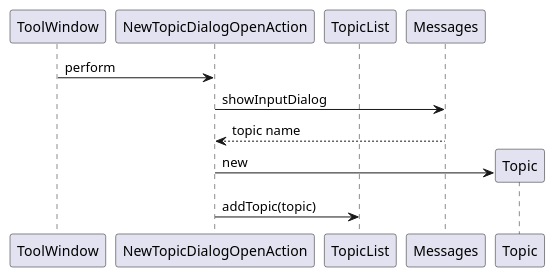
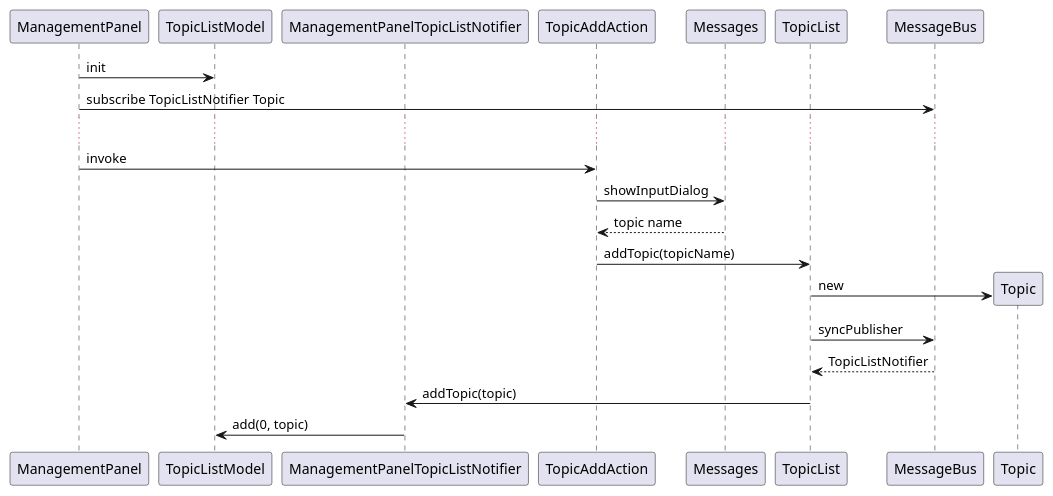
Before and after one commit to kitabatake/CodeReadingNote: the diagram in documents/sequence/create_topic.puml, drawn with PlantUML.

Commit message:
udpate sequence diagram

```diff
--- a/documents/sequence/create_topic.puml
+++ b/documents/sequence/create_topic.puml
@@ -1,18 +1,31 @@
 @startuml
 /' definition '/
-participant ToolWindow
-participant NewTopicDialogOpenAction
+participant ManagementPanel
+participant TopicListModel
+participant ManagementPanelTopicListNotifier
+participant TopicAddAction
+participant Messages
 participant TopicList
-participant Messages
 
+participant MessageBus
 
 /' flow '/
-ToolWindow -> NewTopicDialogOpenAction : perform
+ManagementPanel -> TopicListModel : init
+ManagementPanel -> MessageBus : subscribe TopicListNotifier Topic
 
-NewTopicDialogOpenAction -> Messages : showInputDialog
+...
+
+ManagementPanel -> TopicAddAction : invoke
+
+TopicAddAction -> Messages : showInputDialog
 return topic name
 
+TopicAddAction -> TopicList : addTopic(topicName)
 create Topic
-NewTopicDialogOpenAction -> Topic : new
-NewTopicDialogOpenAction -> TopicList : addTopic(topic)
+TopicList -> Topic : new
+TopicList -> MessageBus : syncPublisher
+return TopicListNotifier
+
+TopicList -> ManagementPanelTopicListNotifier : addTopic(topic)
+ManagementPanelTopicListNotifier -> TopicListModel : add(0, topic)
 @enduml
```
